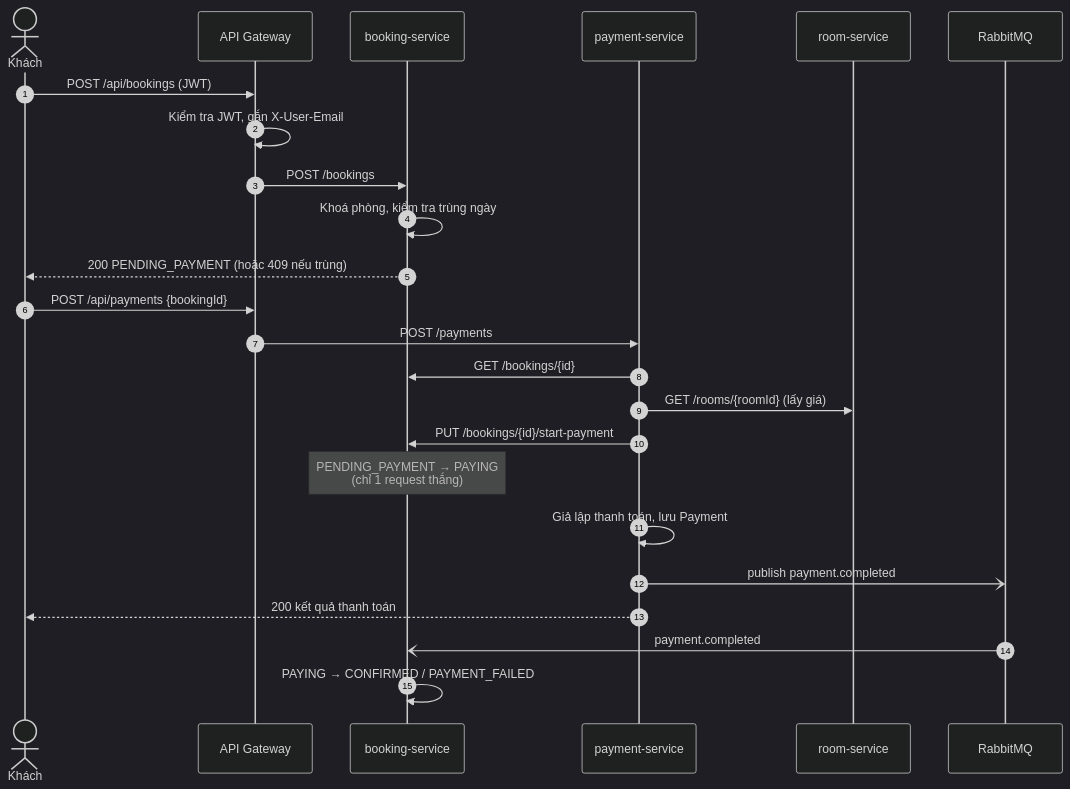
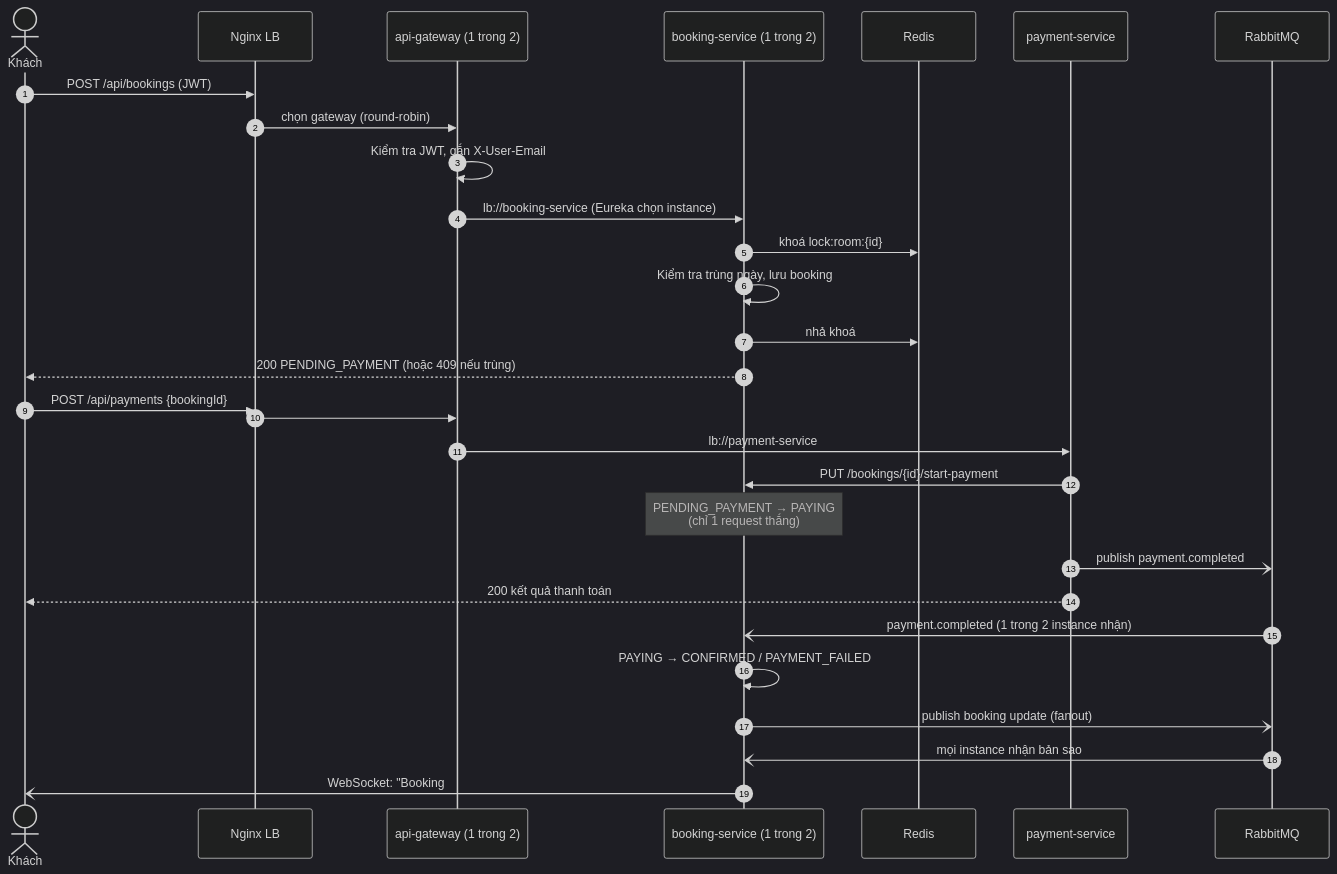
Before and after one commit to Sang2601/distributed-hotel-booking: the first of 3 diagrams in docs/chapter2-architecture.md, drawn with Mermaid (dark theme). The commit also changed other lines of this file and 69 other files, not shown here.

First line of the commit message:
Bổ sung load balancing, service registry, giám sát, cache, WebSocket, replication

````diff
--- a/docs/chapter2-architecture.md
+++ b/docs/chapter2-architecture.md
@@ -33,28 +37,33 @@
 ```mermaid
 sequenceDiagram
     autonumber
     actor K as Khách
-    participant GW as API Gateway
-    participant B as booking-service
+    participant LB as Nginx LB
+    participant GW as api-gateway (1 trong 2)
+    participant B as booking-service (1 trong 2)
+    participant R as Redis
     participant P as payment-service
-    participant R as room-service
     participant MQ as RabbitMQ
 
-    K->>GW: POST /api/bookings (JWT)
+    K->>LB: POST /api/bookings (JWT)
+    LB->>GW: chọn gateway (round-robin)
     GW->>GW: Kiểm tra JWT, gắn X-User-Email
-    GW->>B: POST /bookings
-    B->>B: Khoá phòng, kiểm tra trùng ngày
+    GW->>B: lb://booking-service (Eureka chọn instance)
+    B->>R: khoá lock:room:{id}
+    B->>B: Kiểm tra trùng ngày, lưu booking
+    B->>R: nhả khoá
     B-->>K: 200 PENDING_PAYMENT (hoặc 409 nếu trùng)
 
-    K->>GW: POST /api/payments {bookingId}
-    GW->>P: POST /payments
-    P->>B: GET /bookings/{id}
-    P->>R: GET /rooms/{roomId} (lấy giá)
+    K->>LB: POST /api/payments {bookingId}
+    LB->>GW: 
+    GW->>P: lb://payment-service
     P->>B: PUT /bookings/{id}/start-payment
     Note over B: PENDING_PAYMENT → PAYING<br/>(chỉ 1 request thắng)
-    P->>P: Giả lập thanh toán, lưu Payment
     P-)MQ: publish payment.completed
     P-->>K: 200 kết quả thanh toán
-    MQ-)B: payment.completed
+    MQ-)B: payment.completed (1 trong 2 instance nhận)
     B->>B: PAYING → CONFIRMED / PAYMENT_FAILED
+    B-)MQ: publish booking update (fanout)
+    MQ-)B: mọi instance nhận bản sao
+    B-)K: WebSocket: "Booking #3 đã thanh toán ✅"
 ```
````
